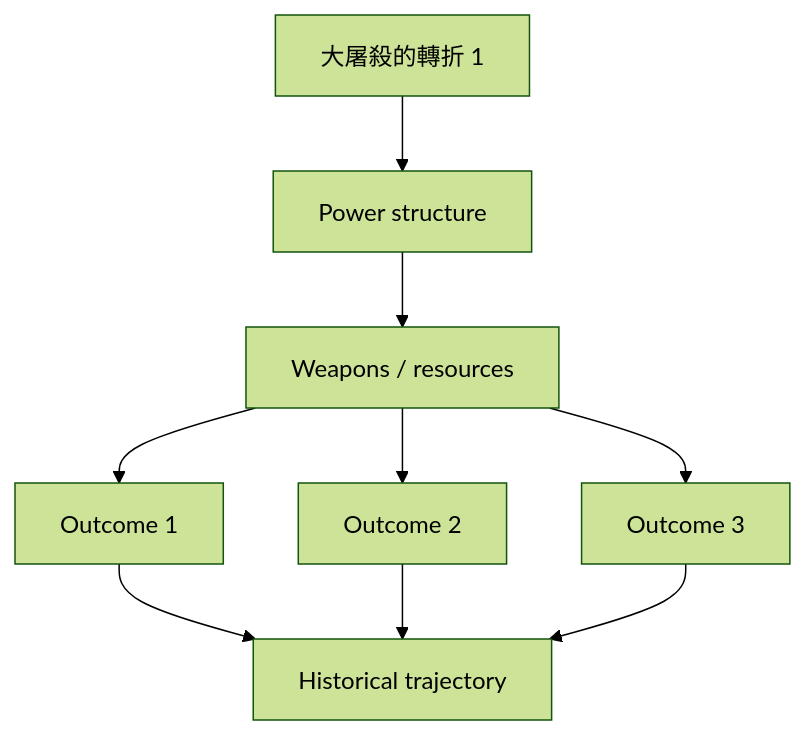
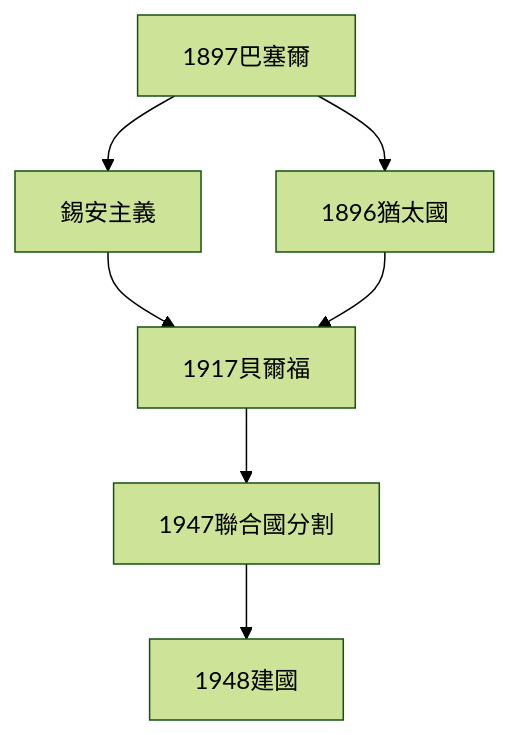
The fourth of 10 diagrams in 02_Harvard_Courses/Fall_Courses/Hist39_Jews_in_the_Modern_World.md (yip-lgtm/HKU-Harvard-History-Self-Study), drawn with Mermaid (forest theme) before and after one commit. The commit also changed other lines of this file and 65 other files, not shown here.

````diff
--- a/02_Harvard_Courses/Fall_Courses/Hist39_Jews_in_the_Modern_World.md
+++ b/02_Harvard_Courses/Fall_Courses/Hist39_Jews_in_the_Modern_World.md
@@ -224,11 +171,9 @@
 ```mermaid
 graph TD
-    A[大屠殺的轉折 1] --> B[Power structure]
-    B --> C[Weapons / resources]
-    C --> D[Outcome 1]
-    C --> E[Outcome 2]
-    C --> F[Outcome 3]
-    D --> G[Historical trajectory]
-    E --> G
-    F --> G
+    A[1897巴塞爾] --> B[錫安主義]
+    A --> C[1896猶太國]
+    B --> D[1917貝爾福]
+    C --> D
+    D --> E[1947聯合國分割]
+    E --> F[1948建國]
 ```
````
